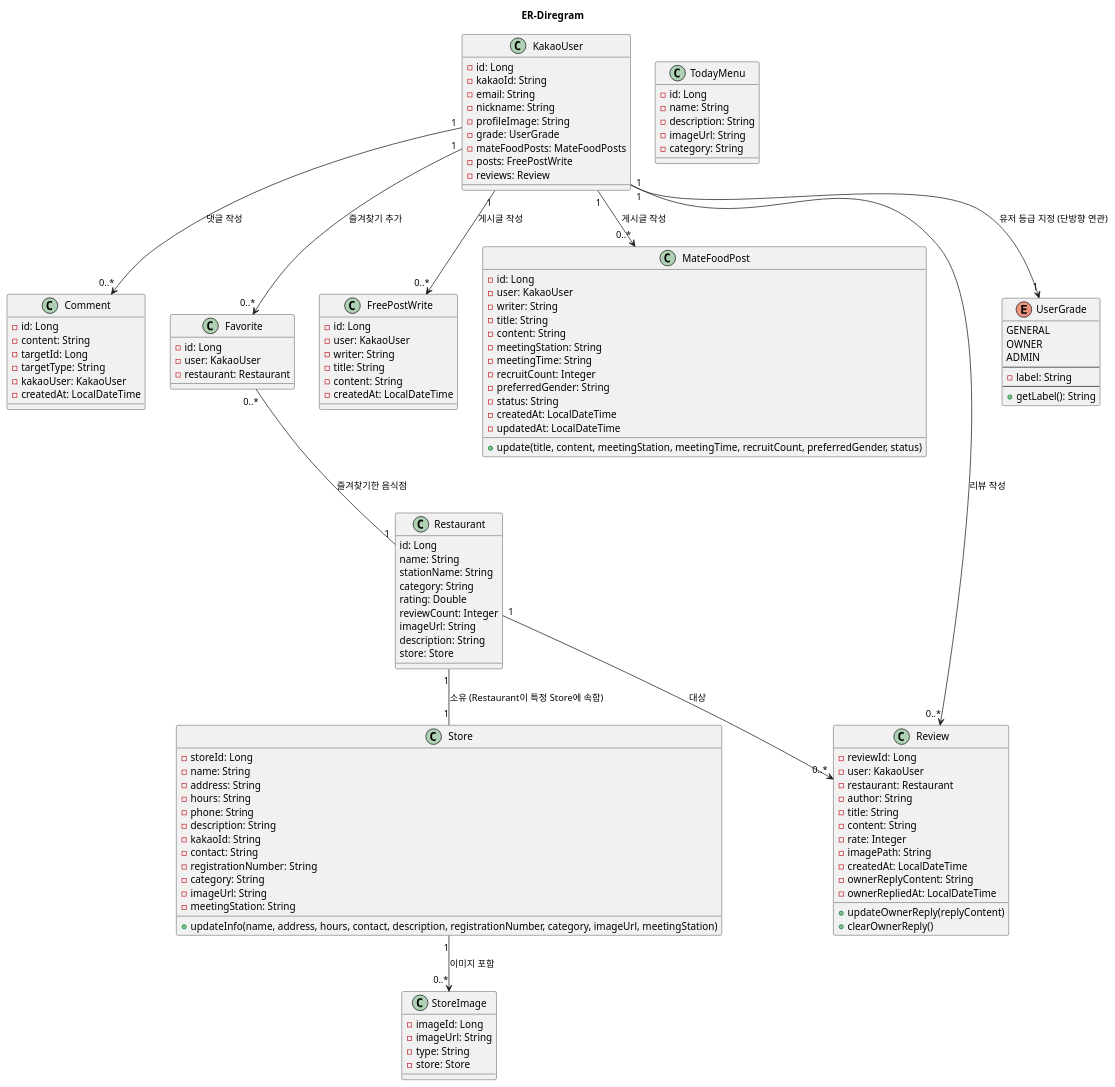
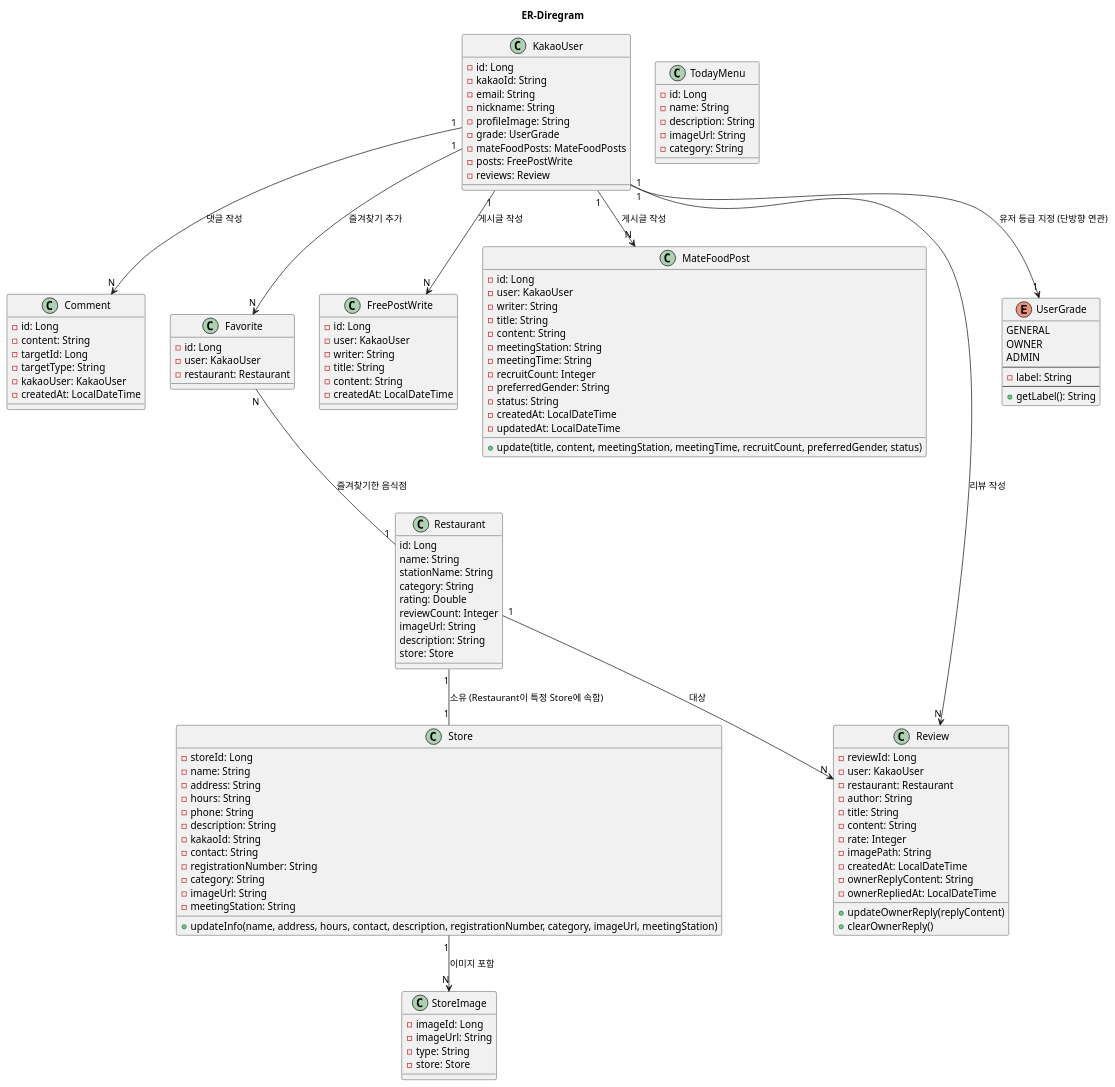
One commit to yeokchelin/BackEnd changed the diagram in docs/uml/er-d.puml. Above: the diagram before and after it, drawn with PlantUML.

Commit message:
다이어그램 추가

```diff
--- a/docs/uml/er-d.puml
+++ b/docs/uml/er-d.puml
@@ -1,158 +1,158 @@
 @startuml
 title "ER-Diregram"
 
 ' 클래스 선언
 ' Comment Entity
 class Comment {
     - id: Long
     - content: String
     - targetId: Long
     - targetType: String
     - kakaoUser: KakaoUser
     - createdAt: LocalDateTime
 }
 
 ' Favorite Entity
 class Favorite {
     - id: Long
     - user: KakaoUser
     - restaurant: Restaurant
 }
 
 ' FreePostWrite Entity
 class FreePostWrite {
     - id: Long
     - user: KakaoUser
     - writer: String
     - title: String
     - content: String
     - createdAt: LocalDateTime
 }
 
 ' KakaoUser Entity
 class KakaoUser {
     - id: Long
     - kakaoId: String
     - email: String
     - nickname: String
     - profileImage: String
     - grade: UserGrade
     - mateFoodPosts: MateFoodPosts
     - posts: FreePostWrite
     - reviews: Review
 }
 
 ' MateFoodPost Entity
 class MateFoodPost {
     - id: Long
     - user: KakaoUser
     - writer: String
     - title: String
     - content: String
     - meetingStation: String
     - meetingTime: String
     - recruitCount: Integer
     - preferredGender: String
     - status: String
     - createdAt: LocalDateTime
     - updatedAt: LocalDateTime
 
     + update(title, content, meetingStation, meetingTime, recruitCount, preferredGender, status)
 }
 
 ' Restaurant Entity
 class Restaurant {
     id: Long
     name: String
     stationName: String
     category: String
     rating: Double
     reviewCount: Integer
     imageUrl: String
     description: String
     store: Store
 }
 
 ' Review Entity
 class Review {
     - reviewId: Long
     - user: KakaoUser
     - restaurant: Restaurant
     - author: String
     - title: String
     - content: String
     - rate: Integer
     - imagePath: String
     - createdAt: LocalDateTime
     - ownerReplyContent: String
     - ownerRepliedAt: LocalDateTime
     + updateOwnerReply(replyContent)
     + clearOwnerReply()
 }
 
 ' Store Entity
 class Store {
     - storeId: Long
     - name: String
     - address: String
     - hours: String
     - phone: String
     - description: String
     - kakaoId: String
     - contact: String
     - registrationNumber: String
     - category: String
     - imageUrl: String
     - meetingStation: String
     + updateInfo(name, address, hours, contact, description, registrationNumber, category, imageUrl, meetingStation)
 }
 
 ' StoreImage Entity
 class StoreImage {
     - imageId: Long
     - imageUrl: String
     - type: String
     - store: Store
 }
 
 ' TodayMenu Entity
 class TodayMenu {
     - id: Long
     - name: String
     - description: String
     - imageUrl: String
     - category: String
 }
 
 ' UserGrade Enum
 enum UserGrade {
     GENERAL
     OWNER
     ADMIN
     --
     - label: String
     --
     + getLabel(): String
 }
 
 ' 이제 연결하기
 ' 1. KakaoUser와 관련된 관계
-KakaoUser "1" --> "0..*" Comment : 댓글 작성
-KakaoUser "1" --> "0..*" Favorite : 즐겨찾기 추가
-KakaoUser "1" --> "0..*" FreePostWrite : 게시글 작성
-KakaoUser "1" --> "0..*" MateFoodPost : 게시글 작성
-KakaoUser "1" --> "0..*" Review : 리뷰 작성
+KakaoUser "1" --> "N" Comment : 댓글 작성
+KakaoUser "1" --> "N" Favorite : 즐겨찾기 추가
+KakaoUser "1" --> "N" FreePostWrite : 게시글 작성
+KakaoUser "1" --> "N" MateFoodPost : 게시글 작성
+KakaoUser "1" --> "N" Review : 리뷰 작성
 KakaoUser "1" --> "1" UserGrade : 유저 등급 지정 (단방향 연관)
 
 ' 2. Favorite과 관련된 관계
-Favorite "0..*" -- "1" Restaurant : 즐겨찾기한 음식점
+Favorite "N" -- "1" Restaurant : 즐겨찾기한 음식점
 
-' 3. Restaurant과 관련된 관계
+' 3. Restaurant과 관련된 관계ssss
 Restaurant "1" -- "1" Store : 소유 (Restaurant이 특정 Store에 속함)
-Restaurant "1" --> "0..*" Review : 대상
+Restaurant "1" --> "N" Review : 대상
 
 ' 4. Store와 관련된 관계
-Store "1" --> "0..*" StoreImage : 이미지 포함
+Store "1" --> "N" StoreImage : 이미지 포함
 
 
 @enduml
```
